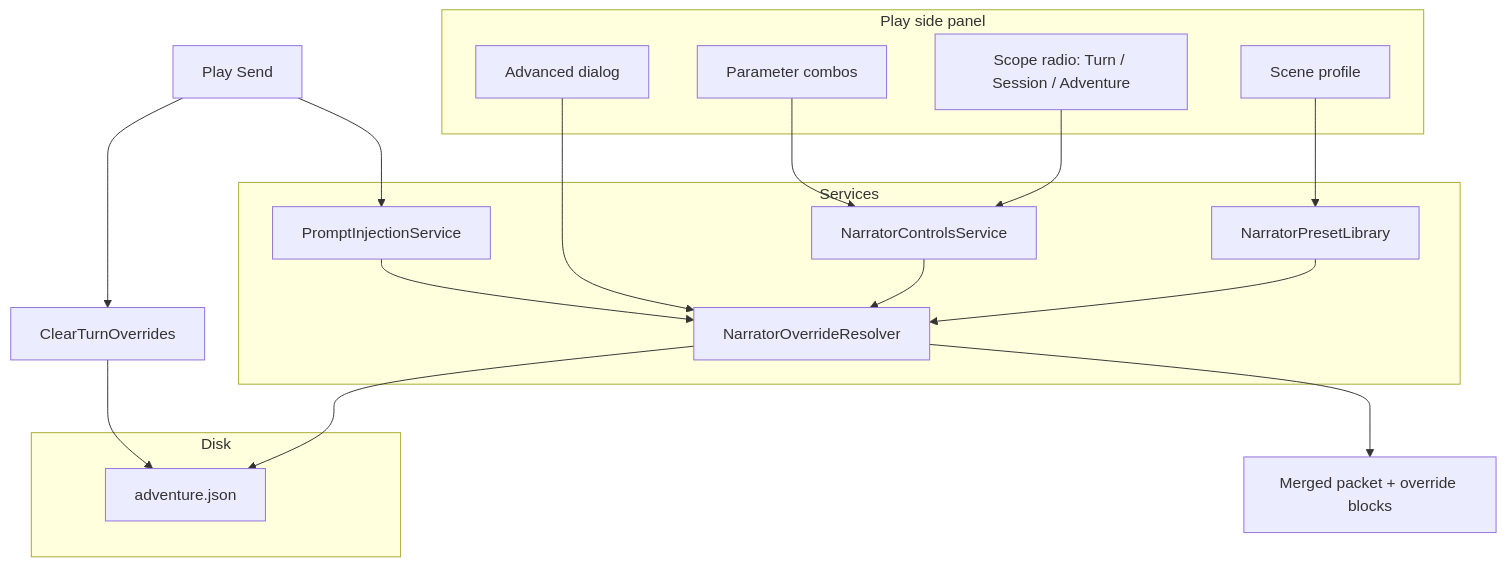
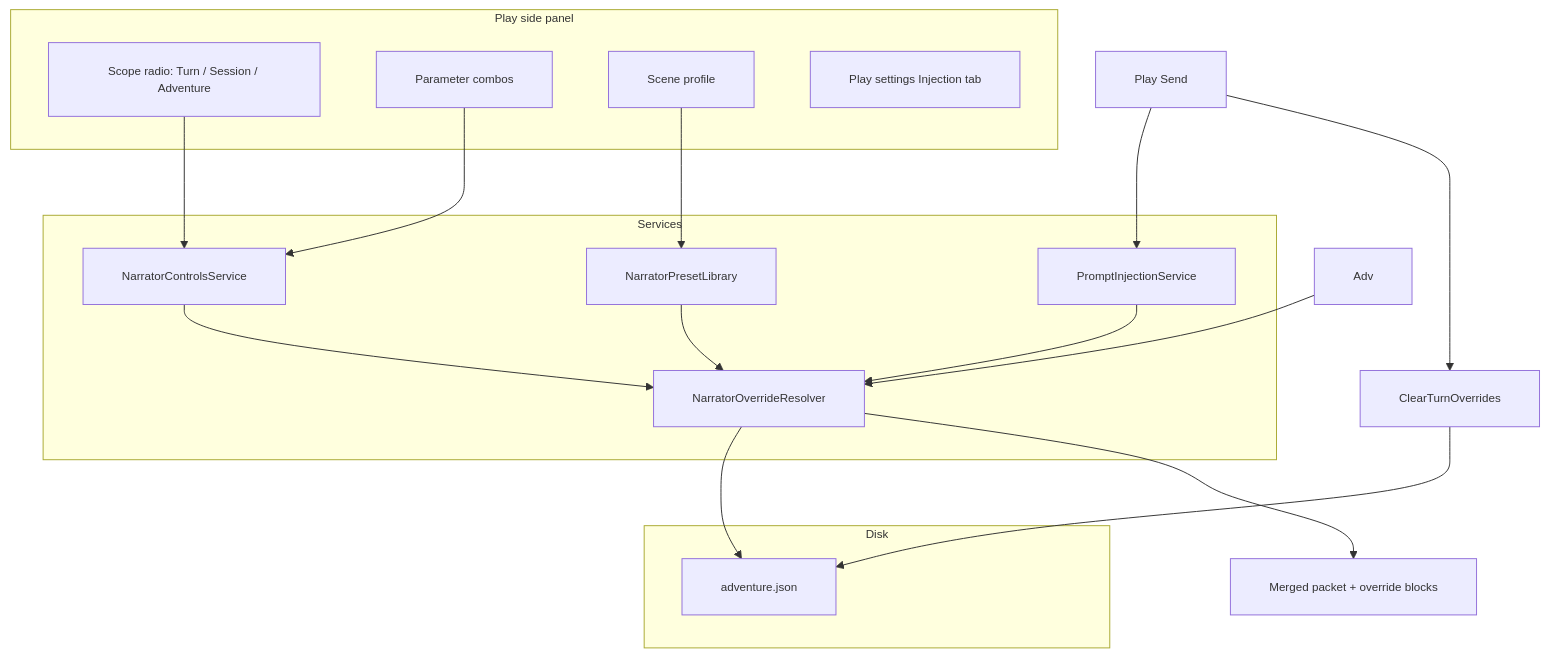
Before and after one commit to CMD0112/NarrativeGPT: the diagram in docs/user/narrator-settings.md, drawn with Mermaid. The commit also changed other lines of this file and 788 other files, not shown here.

````diff
--- a/docs/user/narrator-settings.md
+++ b/docs/user/narrator-settings.md
@@ -352,33 +342,34 @@
 ```mermaid
+%%{init: {"flowchart":{"nodeSpacing":58,"rankSpacing":68,"padding":20,"subGraphTitleMargin":16,"diagramPadding":12,"htmlLabels":true},"themeVariables":{"fontSize":"12px"}} }%%
 flowchart TD
     subgraph ui [Play side panel]
         Scope[Scope radio: Turn / Session / Adventure]
         Combo[Parameter combos]
         Profile[Scene profile]
-        Adv[Advanced dialog]
+        Settings[Play settings Injection tab]
     end
 
     subgraph services [Services]
         NCS[NarratorControlsService]
         NOR[NarratorOverrideResolver]
         NPL[NarratorPresetLibrary]
         PIS[PromptInjectionService]
     end
 
     subgraph persist [Disk]
         AJ[adventure.json]
     end
 
     Scope --> NCS
     Combo --> NCS
     Profile --> NPL
     NPL --> NOR
     NCS --> NOR
     Adv --> NOR
     NOR --> AJ
     Send[Play Send] --> PIS
     PIS --> NOR
     NOR --> Packet[Merged packet + override blocks]
     Send --> Clear[ClearTurnOverrides]
     Clear --> AJ
 ```
````
